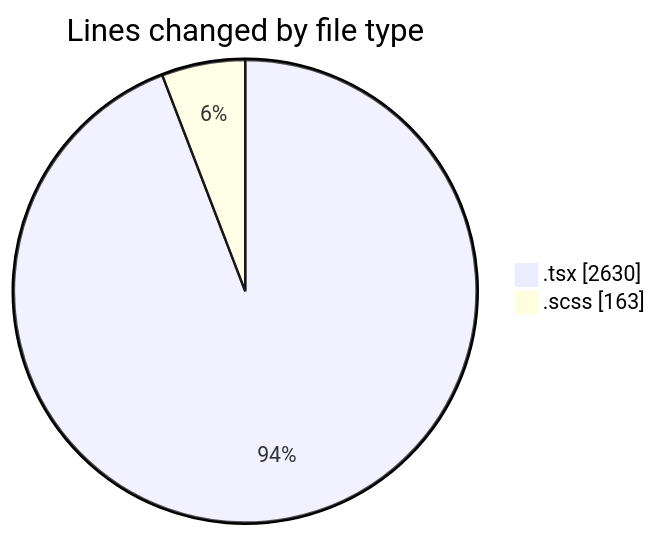
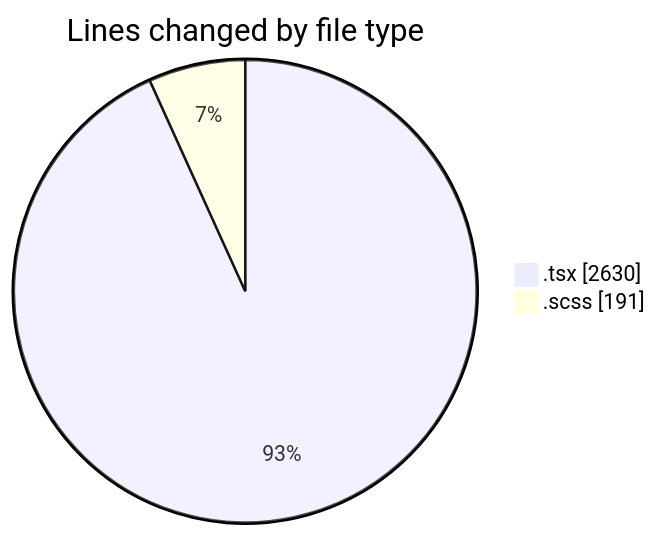
The first of 2 diagrams in 2025-04-04/cda/README.md (momahboobian/code-tracking), drawn with Mermaid before and after one commit. The commit also changed other lines of this file and 1 other file, not shown here.

````diff
--- a/2025-04-04/cda/README.md
+++ b/2025-04-04/cda/README.md
@@ -30,6 +30,6 @@
 ```mermaid
 pie showData
 title Lines changed by file type
 ".tsx" : 2630
-".scss" : 163
+".scss" : 191
 ```
````
